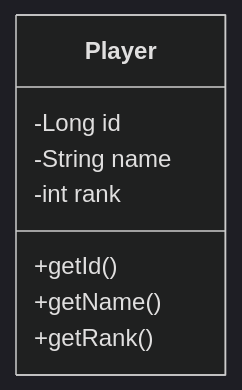
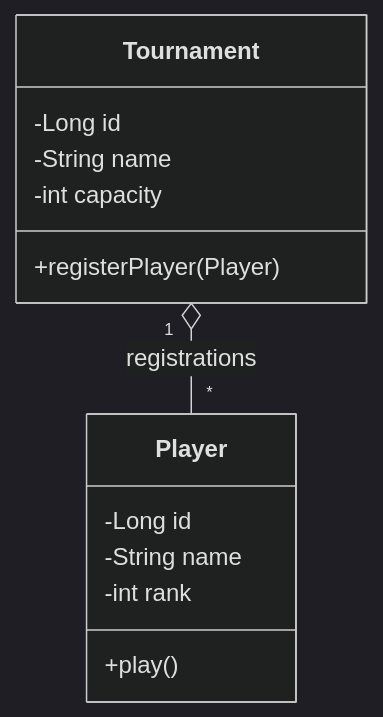
Before and after one commit to Oussama-Ait-Youss/JAVA---Roadmap-Cheat-Sheet-: the third of 6 diagrams in README.md, drawn with Mermaid (dark theme). The commit also changed other lines of this file, not shown here.

Commit message:
second version of the roadmap

````diff
--- a/README.md
+++ b/README.md
@@ -1592,11 +1486,18 @@
 ```mermaid
 classDiagram
     class Player {
         -Long id
         -String name
         -int rank
-        +getId()
-        +getName()
-        +getRank()
+        +play()
     }
+
+    class Tournament {
+        -Long id
+        -String name
+        -int capacity
+        +registerPlayer(Player)
+    }
+
+    Tournament "1" o-- "*" Player : registrations
 ```
````
